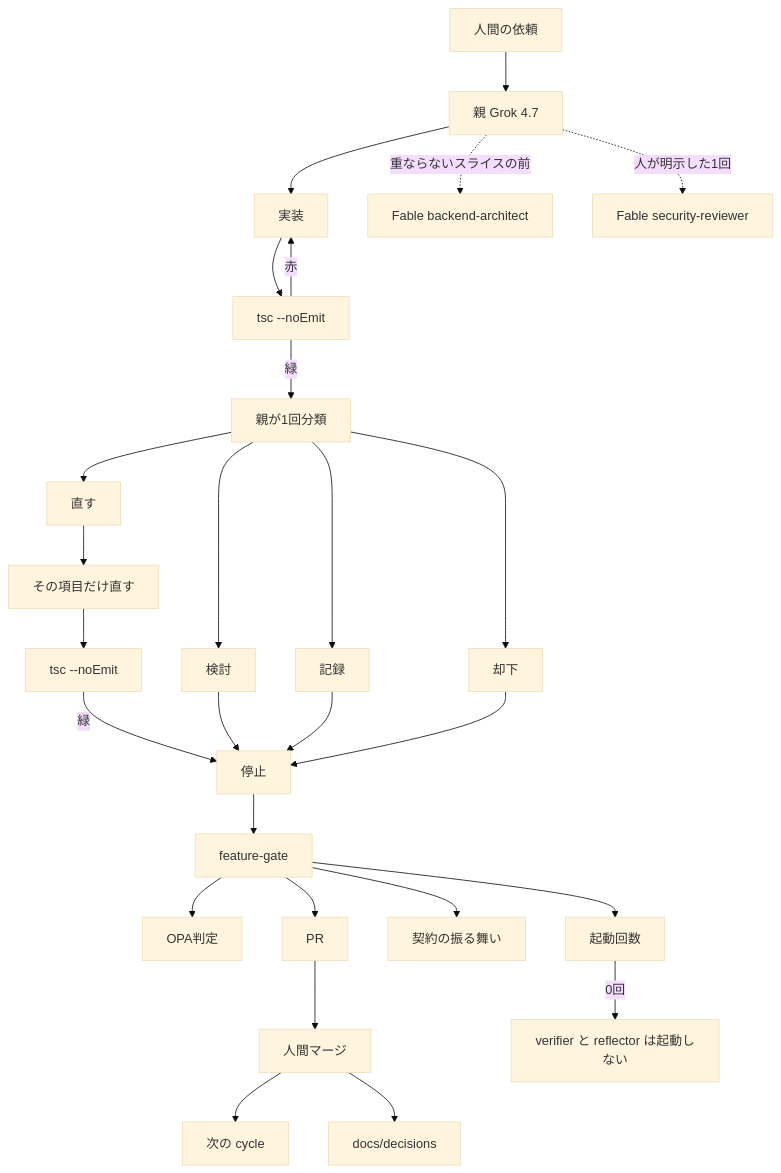
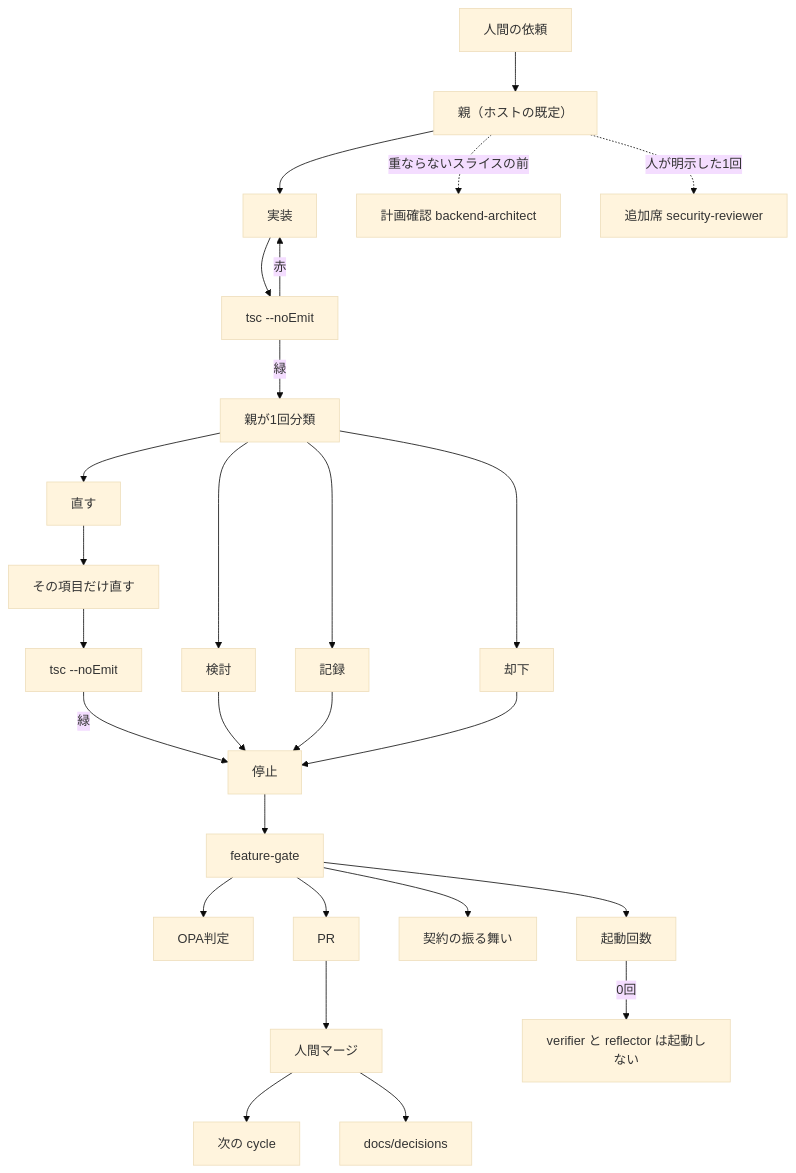
Before and after one commit to marumo333/SuiteLLM: the diagram in docs/architecture/review-overview.mmd, drawn with Mermaid (base theme). The commit also changed 26 other files, not shown here.

```diff
--- a/docs/architecture/review-overview.mmd
+++ b/docs/architecture/review-overview.mmd
@@ -1,27 +1,27 @@
 flowchart TB
-  H["人間の依頼"] --> G["親 Grok 4.7"]
+  H["人間の依頼"] --> G["親（ホストの既定）"]
   G --> IMP["実装"]
   IMP --> NE["tsc --noEmit"]
   NE -->|赤| IMP
   NE -->|緑| CLS["親が1回分類"]
   CLS --> FIX["直す"]
   CLS --> HOLD["検討"]
   CLS --> NOTE["記録"]
   CLS --> DROP["却下"]
   FIX --> EDIT["その項目だけ直す"]
   EDIT --> NE2["tsc --noEmit"]
   NE2 -->|緑| STOP["停止"]
   HOLD --> STOP
   NOTE --> STOP
   DROP --> STOP
   STOP --> FG["feature-gate"]
   FG --> OPA["OPA判定"]
   FG --> CAP["起動回数"]
   FG --> BEH["契約の振る舞い"]
   FG --> PR["PR"]
   PR --> HM["人間マージ"]
   HM --> CY["次の cycle"]
   HM --> DC["docs/decisions"]
-  G -.->|重ならないスライスの前| BA["Fable backend-architect"]
-  G -.->|人が明示した1回| SR["Fable security-reviewer"]
+  G -.->|重ならないスライスの前| BA["計画確認 backend-architect"]
+  G -.->|人が明示した1回| SR["追加席 security-reviewer"]
   CAP -->|0回| OFF["verifier と reflector は起動しない"]
```
